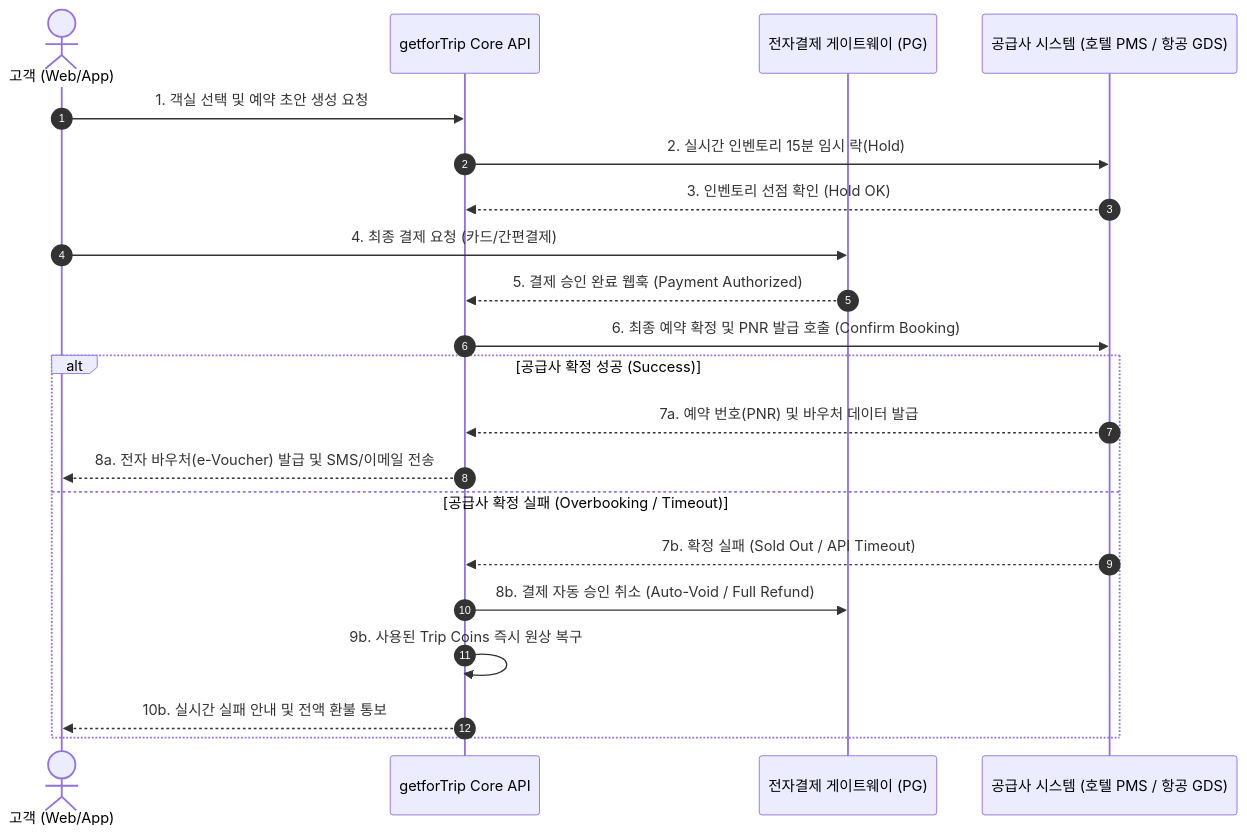
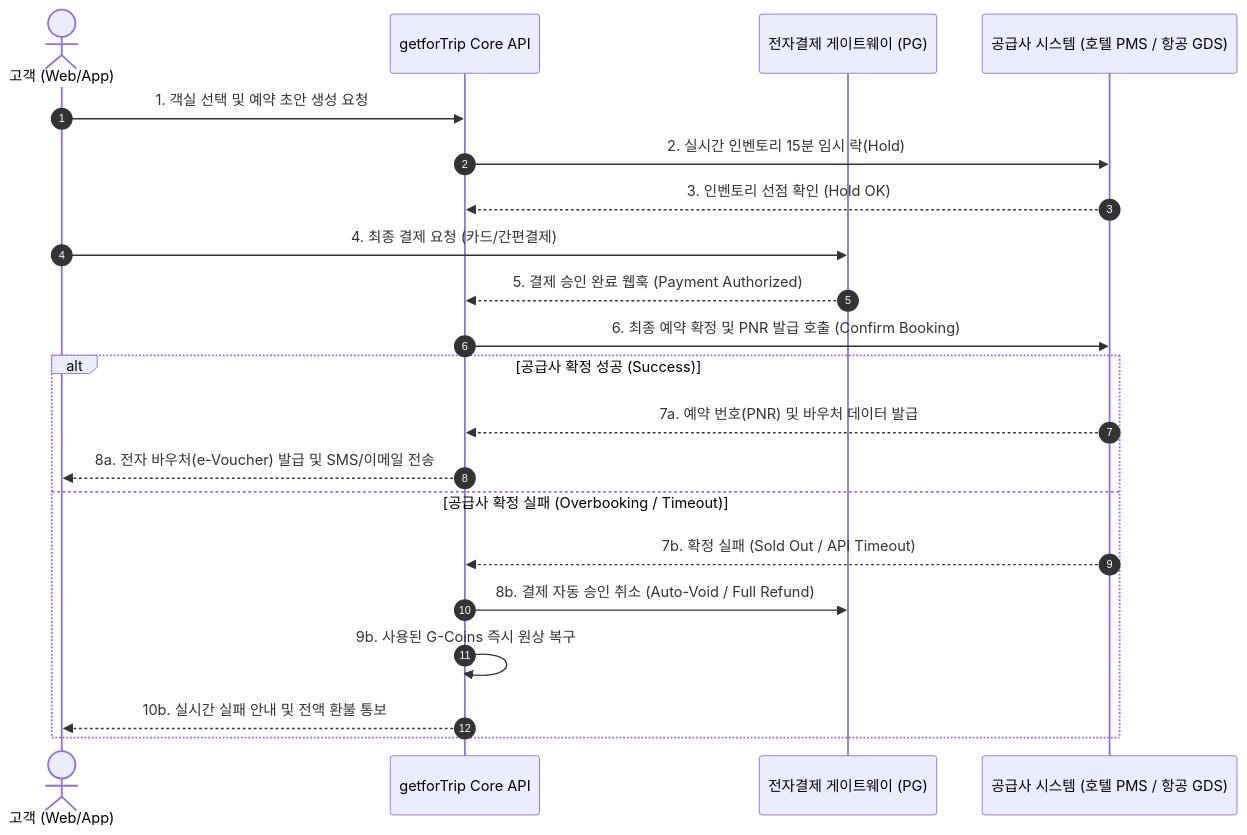
One commit to dnjstjqppk-dev/ota-hub changed the diagram in docs/audit/live-supplier-integration.md. Above: the diagram before and after it, drawn with Mermaid. The commit also changed 60 other files, not shown here.

````diff
--- a/docs/audit/live-supplier-integration.md
+++ b/docs/audit/live-supplier-integration.md
@@ -14,24 +14,24 @@
 ```mermaid
 sequenceDiagram
     autonumber
     actor Customer as 고객 (Web/App)
     participant OTA as getforTrip Core API
     participant PG as 전자결제 게이트웨이 (PG)
     participant Supplier as 공급사 시스템 (호텔 PMS / 항공 GDS)
 
     Customer->>OTA: 1. 객실 선택 및 예약 초안 생성 요청
     OTA->>Supplier: 2. 실시간 인벤토리 15분 임시 락(Hold)
     Supplier-->>OTA: 3. 인벤토리 선점 확인 (Hold OK)
     Customer->>PG: 4. 최종 결제 요청 (카드/간편결제)
     PG-->>OTA: 5. 결제 승인 완료 웹훅 (Payment Authorized)
     OTA->>Supplier: 6. 최종 예약 확정 및 PNR 발급 호출 (Confirm Booking)
     alt 공급사 확정 성공 (Success)
         Supplier-->>OTA: 7a. 예약 번호(PNR) 및 바우처 데이터 발급
         OTA-->>Customer: 8a. 전자 바우처(e-Voucher) 발급 및 SMS/이메일 전송
     else 공급사 확정 실패 (Overbooking / Timeout)
         Supplier-->>OTA: 7b. 확정 실패 (Sold Out / API Timeout)
         OTA->>PG: 8b. 결제 자동 승인 취소 (Auto-Void / Full Refund)
-        OTA->>OTA: 9b. 사용된 Trip Coins 즉시 원상 복구
+        OTA->>OTA: 9b. 사용된 G-Coins 즉시 원상 복구
         OTA-->>Customer: 10b. 실시간 실패 안내 및 전액 환불 통보
     end
 ```
````
